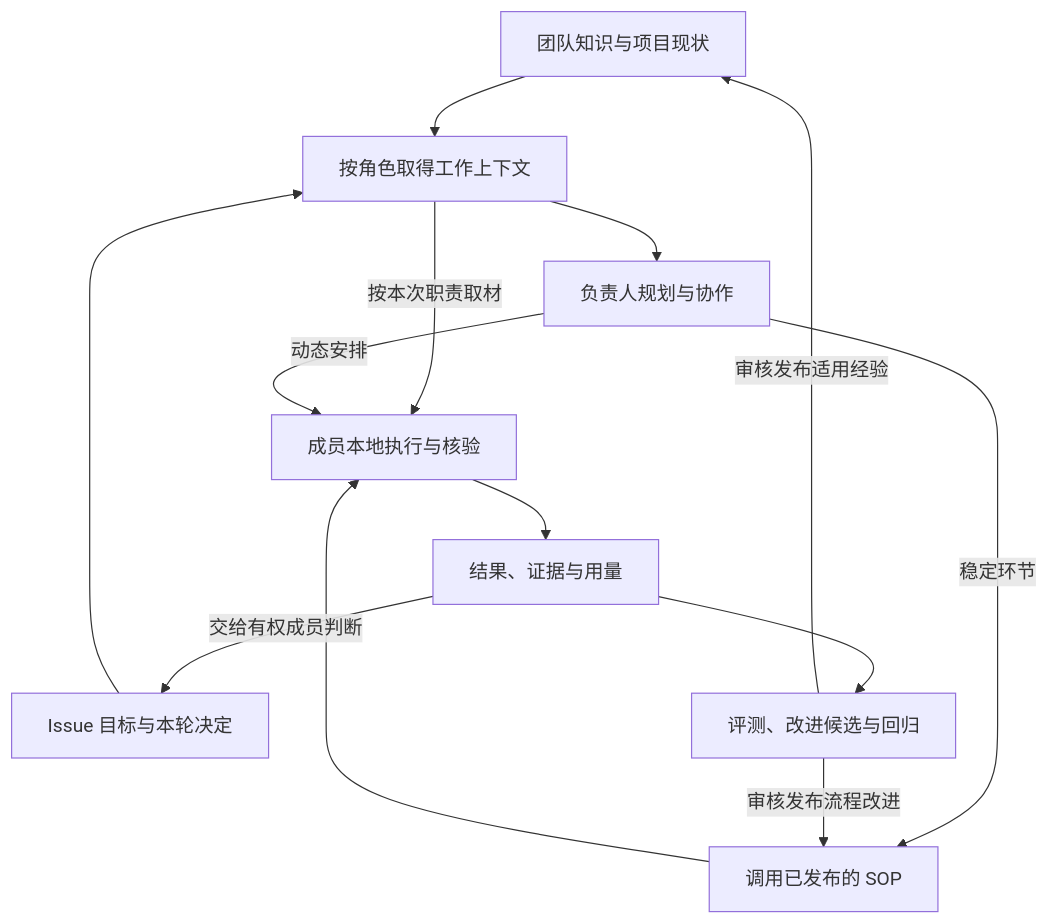
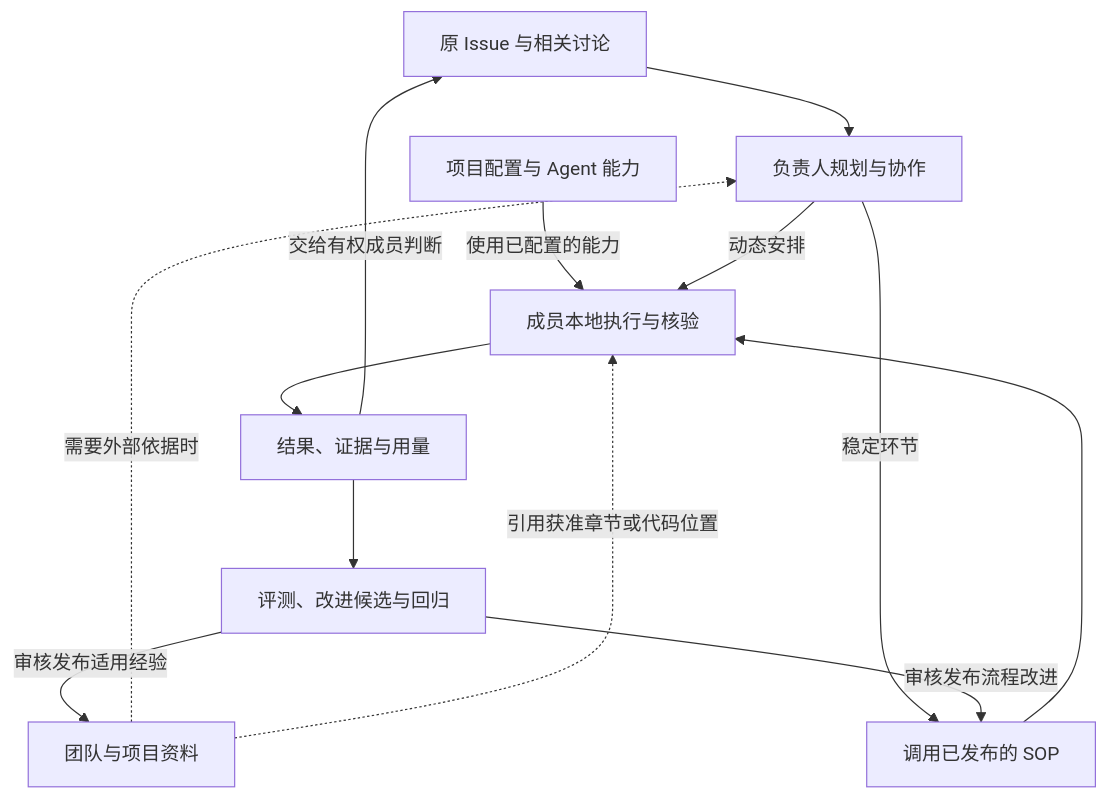
One commit to ScWen7/Issues changed the diagram in docs/architecture/overview.md. Above: the diagram before and after it, drawn with Mermaid. The commit also changed other lines of this file and 4 other files, not shown here.

````diff
--- a/docs/architecture/overview.md
+++ b/docs/architecture/overview.md
@@ -68,15 +72,15 @@
 ```mermaid
 flowchart TD
-    K["团队知识与项目现状"] --> C["按角色取得工作上下文"]
-    I["Issue 目标与本轮决定"] --> C
-    C --> W["负责人规划与协作"]
-    C -->|按本次职责取材| R["成员本地执行与核验"]
+    I["原 Issue 与相关讨论"] --> W["负责人规划与协作"]
+    K["团队与项目资料"] -.->|需要外部依据时| W
+    K -.->|引用获准章节或代码位置| R["成员本地执行与核验"]
+    H["项目配置与 Agent 能力"] -->|使用已配置的能力| R
     W -->|动态安排| R
     W -->|稳定环节| S["调用已发布的 SOP"]
     S --> R
     R --> E["结果、证据与用量"]
     E -->|交给有权成员判断| I
     E --> A["评测、改进候选与回归"]
     A -->|审核发布适用经验| K
     A -->|审核发布流程改进| S
 ```
````
